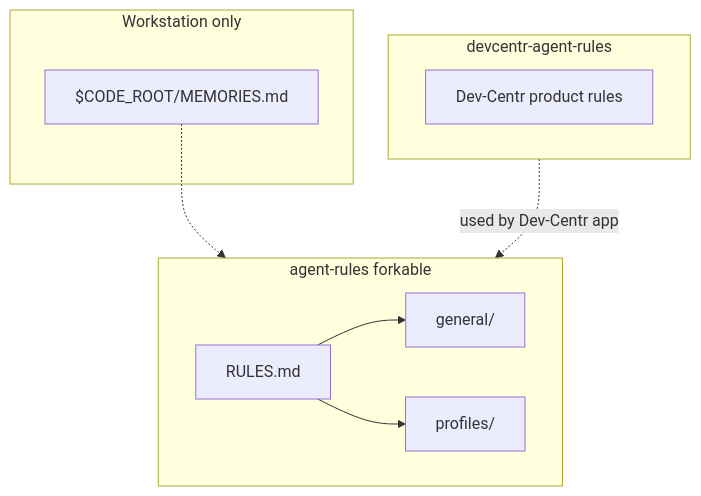
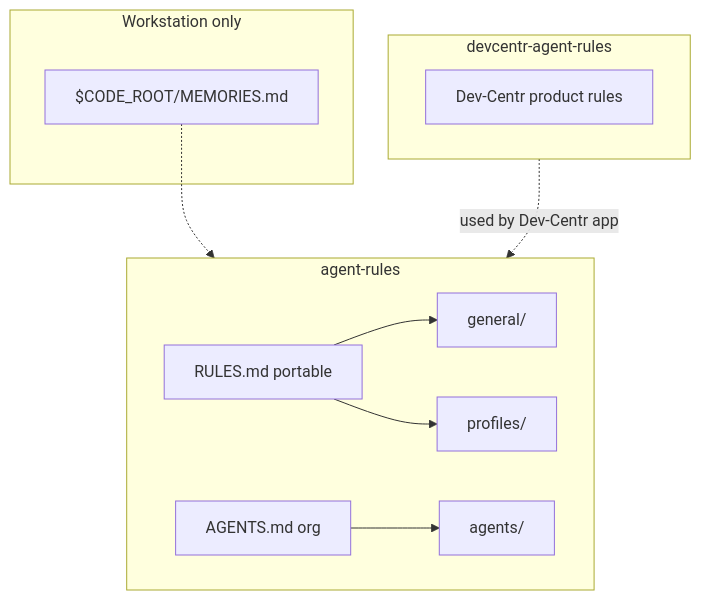
Before and after one commit to dev-centr/agent-rules: the diagram in docs/modules/ROOT/pages/architecture.adoc, drawn with Mermaid. The commit also changed other lines of this file and 18 other files, not shown here.

First line of the commit message:
Add org AGENTS.md layer, skills catalog, and writing-news/blog skills.

````diff
--- a/docs/modules/ROOT/pages/architecture.adoc
+++ b/docs/modules/ROOT/pages/architecture.adoc
@@ -3,18 +3,21 @@
 ```mermaid
 flowchart TB
-  subgraph forkable [agent-rules forkable]
+  subgraph agentrules [agent-rules]
+    R[RULES.md portable]
+    A[AGENTS.md org]
     G[general/]
+    AM[agents/]
     P[profiles/]
-    R[RULES.md]
   end
   subgraph product [devcentr-agent-rules]
     X[Dev-Centr product rules]
   end
   subgraph local [Workstation only]
     M["$CODE_ROOT/MEMORIES.md"]
   end
   R --> G
   R --> P
-  M -.-> forkable
-  product -.->|used by Dev-Centr app| forkable
+  A --> AM
+  M -.-> agentrules
+  product -.->|used by Dev-Centr app| agentrules
 ```
````
